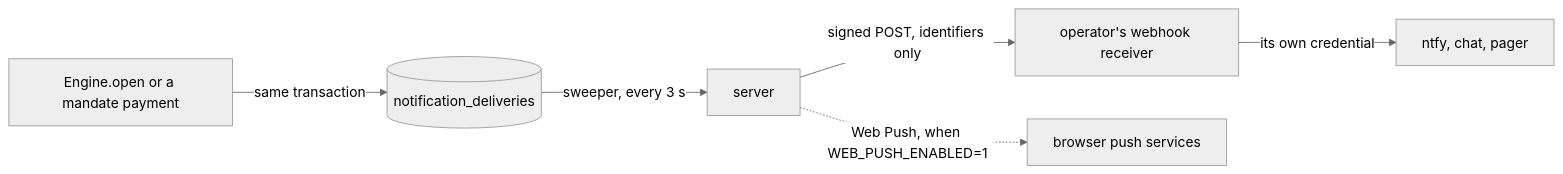
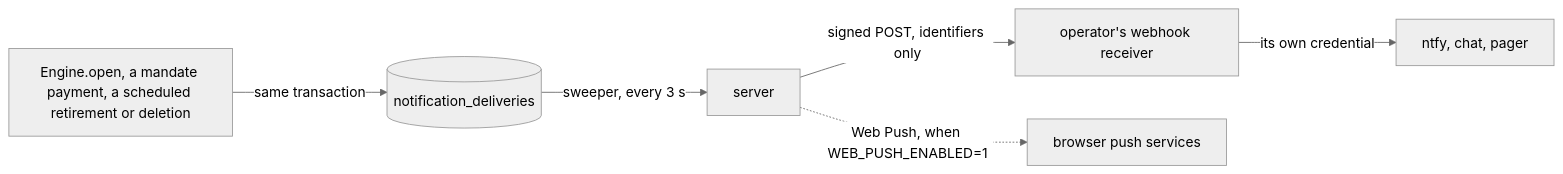
Before and after one commit to askgina/os: the seventh of 10 diagrams in docs/architecture.md, drawn with Mermaid (neutral theme). The commit also changed other lines of this file and 37 other files, not shown here.

````diff
--- a/docs/architecture.md
+++ b/docs/architecture.md
@@ -444,8 +460,8 @@
 ```mermaid
 flowchart LR
-  E[Engine.open or a mandate payment] -->|same transaction| O[(notification_deliveries)]
-  O -->|sweeper, every 3 s| S[server]
-  S -->|signed POST, identifiers only| W[operator's webhook receiver]
-  W -->|its own credential| N[ntfy, chat, pager]
-  S -.->|Web Push, when WEB_PUSH_ENABLED=1| B[browser push services]
+  E["Engine.open, a mandate payment, a scheduled retirement or deletion"] -->|"same transaction"| O[("notification_deliveries")]
+  O -->|"sweeper, every 3 s"| S["server"]
+  S -->|"signed POST, identifiers only"| W["operator's webhook receiver"]
+  W -->|"its own credential"| N["ntfy, chat, pager"]
+  S -.->|"Web Push, when WEB_PUSH_ENABLED=1"| B["browser push services"]
 ```
````
